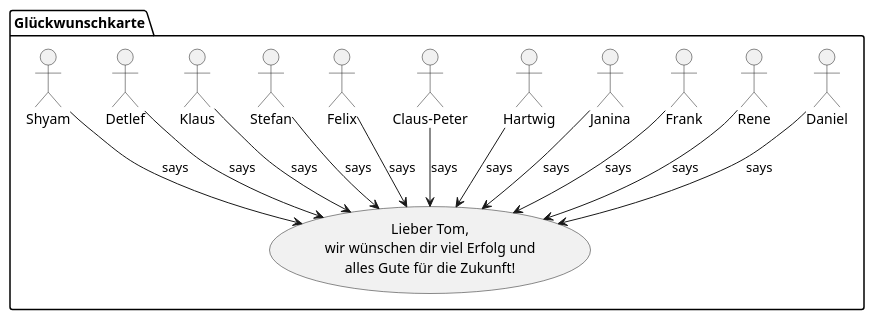
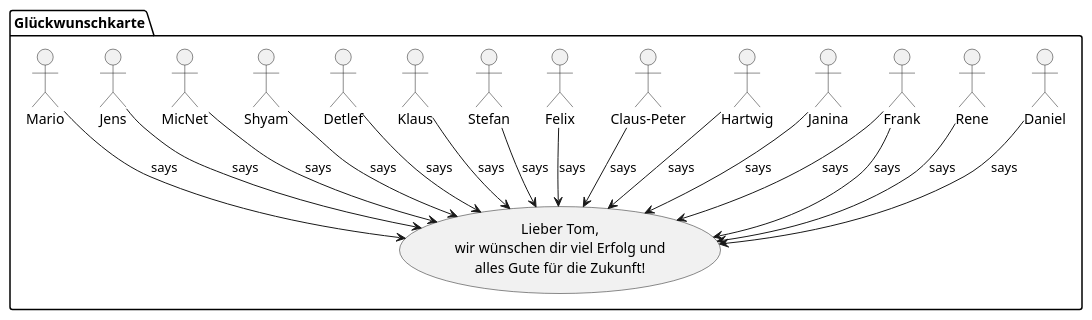
Before and after one commit to dkliem/alles-gute-tom: the diagram in greetings.puml, drawn with PlantUML.

```diff
--- a/greetings.puml
+++ b/greetings.puml
@@ -1,21 +1,26 @@
 @startuml
 folder "Glückwunschkarte" {
     usecase goodbye [
         Lieber Tom,
         wir wünschen dir viel Erfolg und
         alles Gute für die Zukunft!
     ]
 
     :Daniel: --> goodbye: says
     :Rene: --> goodbye: says
     :Frank: --> goodbye: says
     :Janina: --> goodbye: says
     :Hartwig: --> goodbye: says
     :Claus-Peter: --> goodbye: says
     :Felix: --> goodbye: says
     :Stefan: --> goodbye: says
     :Klaus: --> goodbye: says
     :Detlef: --> goodbye: says
     :Shyam: --> goodbye: says
+    :MicNet: --> goodbye: says
+    :Frank: --> goodbye: says
+    :Jens: --> goodbye: says
+    :Mario: --> goodbye: says
+    
 }
 @enduml
```
